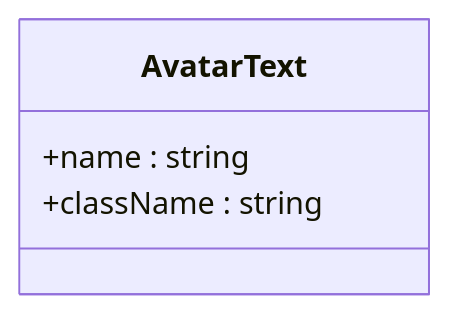
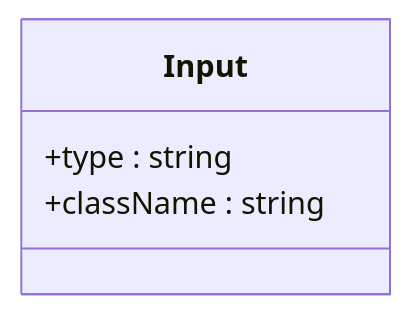
One commit to HAOFUYANG/nextjs-admin changed the fourth of 8 diagrams in .qoder/repowiki/zh/content/UI 组件库/UI 组件库.md. Above: the diagram before and after it, drawn with Mermaid. The commit also changed other lines of this file and 4 other files, not shown here.

````diff
--- a/.qoder/repowiki/zh/content/UI 组件库/UI 组件库.md
+++ b/.qoder/repowiki/zh/content/UI 组件库/UI 组件库.md
@@ -272,7 +260,7 @@
 ```mermaid
 classDiagram
-class AvatarText {
-+name : string
+class Input {
++type : string
 +className : string
 }
 ```
````
